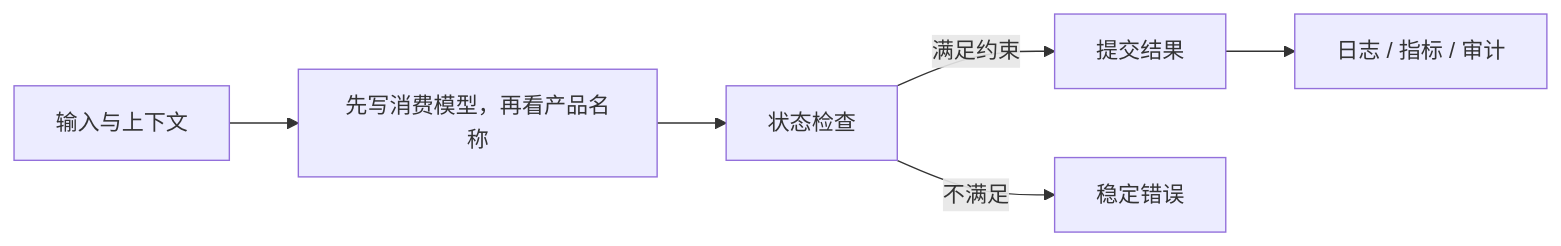
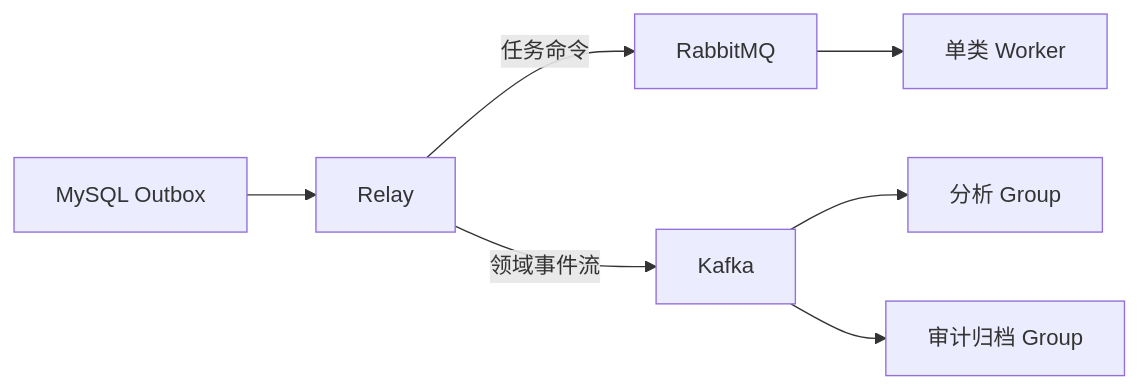
One commit to upJiang/jiang-blog-vitepress changed the diagram in docs/backend/rabbitmq-kafka-selection.md. Above: the diagram before and after it, drawn with Mermaid. The commit also changed other lines of this file and 341 other files, not shown here.

````diff
--- a/docs/backend/rabbitmq-kafka-selection.md
+++ b/docs/backend/rabbitmq-kafka-selection.md
@@ -34,8 +51,9 @@
 ```mermaid
 flowchart LR
-  A[输入与上下文] --> B[先写消费模型，再看产品名称]
-  B --> C[状态检查]
-  C -->|满足约束| D[提交结果]
-  C -->|不满足| E[稳定错误]
-  D --> F[日志 / 指标 / 审计]
+  O[MySQL Outbox] --> R[Relay]
+  R -->|任务命令| RMQ[RabbitMQ]
+  R -->|领域事件流| K[Kafka]
+  RMQ --> W[单类 Worker]
+  K --> G1[分析 Group]
+  K --> G2[审计归档 Group]
 ```
````
